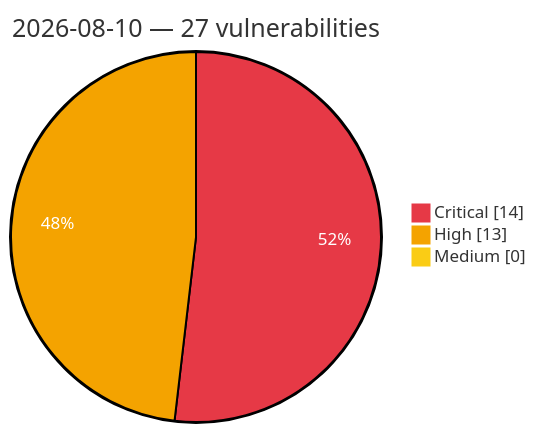
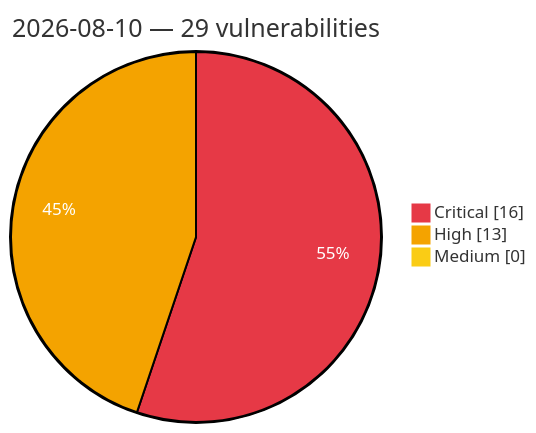
The diagram in vulnerabilities/2026/August/2026-08-10.md (GhostX0X/vuln-tracker), drawn with Mermaid before and after one commit. The commit also changed other lines of this file and 5 other files, not shown here.

````diff
--- a/vulnerabilities/2026/August/2026-08-10.md
+++ b/vulnerabilities/2026/August/2026-08-10.md
@@ -3,8 +3,8 @@
 ```mermaid
 %%{init: {'theme':'base', 'themeVariables': {'pie1':'#e63946', 'pie2':'#f4a300', 'pie3':'#facc15', 'pieOpacity':'1', 'pieOuterStrokeWidth':'2px', 'pieSectionTextColor':'#ffffff'}}}%%
 pie showData
-    title 2026-08-10 — 27 vulnerabilities
-    "Critical" : 14
+    title 2026-08-10 — 29 vulnerabilities
+    "Critical" : 16
     "High" : 13
     "Medium" : 0
 ```
````
